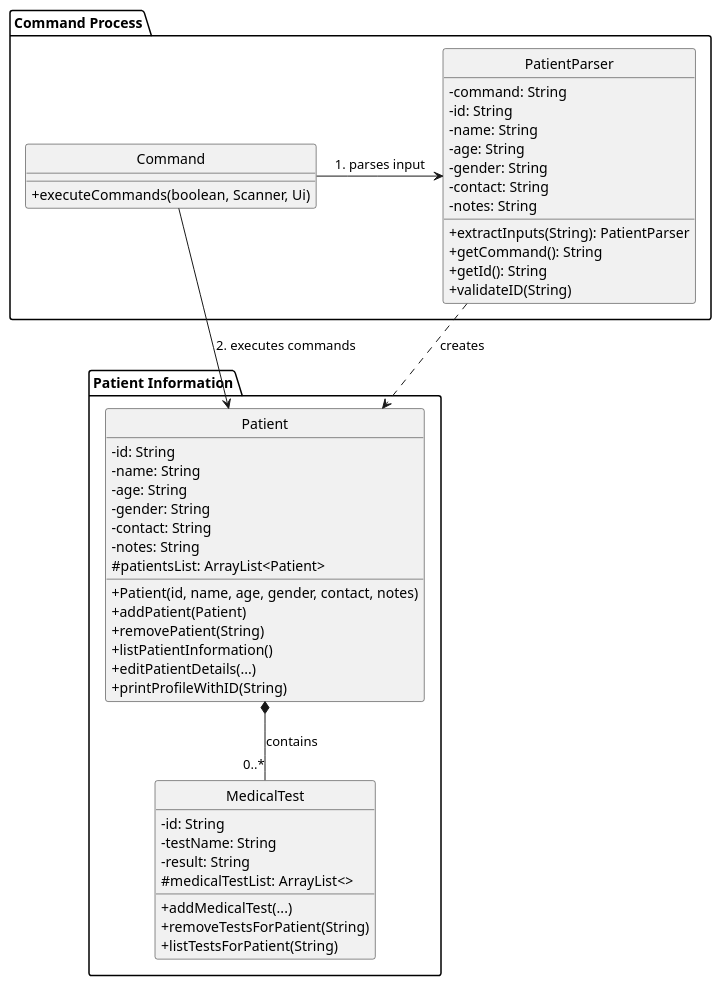
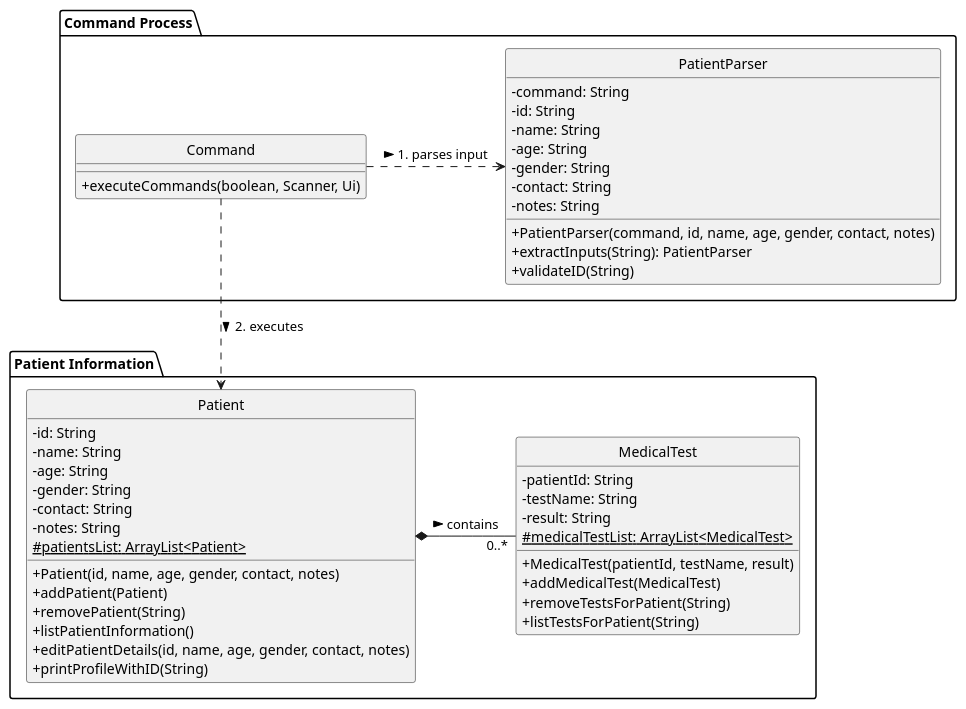
The diagram in docs/diagrams/patientSequenceDiagrams/patientComponent.puml (AY2425S2-CS2113-T11b-3/tp), drawn with PlantUML before and after one commit. The commit also changed 5 other files, not shown here.

```diff
--- a/docs/diagrams/patientSequenceDiagrams/patientComponent.puml
+++ b/docs/diagrams/patientSequenceDiagrams/patientComponent.puml
@@ -1,60 +1,60 @@
 @startuml
 
 hide circle
 skinparam classAttributeIconSize 0
 
 package "Patient Information" {
   class Patient {
     -id: String
     -name: String
     -age: String
     -gender: String
     -contact: String
     -notes: String
-    #patientsList: ArrayList<Patient>
+    # {static} patientsList: ArrayList<Patient>
     +Patient(id, name, age, gender, contact, notes)
     +addPatient(Patient)
     +removePatient(String)
     +listPatientInformation()
-    +editPatientDetails(...)
+    +editPatientDetails(id, name, age, gender, contact, notes)
     +printProfileWithID(String)
   }
 
   class MedicalTest {
-    -id: String
+    -patientId: String
     -testName: String
     -result: String
-    #medicalTestList: ArrayList<>
-    +addMedicalTest(...)
+    #{static}medicalTestList: ArrayList<MedicalTest>
+    +MedicalTest(patientId, testName, result)
+    +addMedicalTest(MedicalTest)
     +removeTestsForPatient(String)
     +listTestsForPatient(String)
   }
 }
 
 package "Command Process" {
   class Command {
     +executeCommands(boolean, Scanner, Ui)
   }
 
   class PatientParser {
     -command: String
     -id: String
     -name: String
     -age: String
     -gender: String
     -contact: String
     -notes: String
+    +PatientParser(command, id, name, age, gender, contact, notes)
     +extractInputs(String): PatientParser
-    +getCommand(): String
-    +getId(): String
     +validateID(String)
   }
 }
 
-Command -right-> PatientParser : "1. parses input"
-Command -right-> Patient : "2. executes commands"
+Command .right.> PatientParser : 1. parses input >
+Command ..> Patient : 2. executes >
 
-Patient *-- "0..*" MedicalTest : contains
-PatientParser ..> Patient : creates
+Patient *-right- "0..*" MedicalTest : contains >
+
 
 @enduml
```
